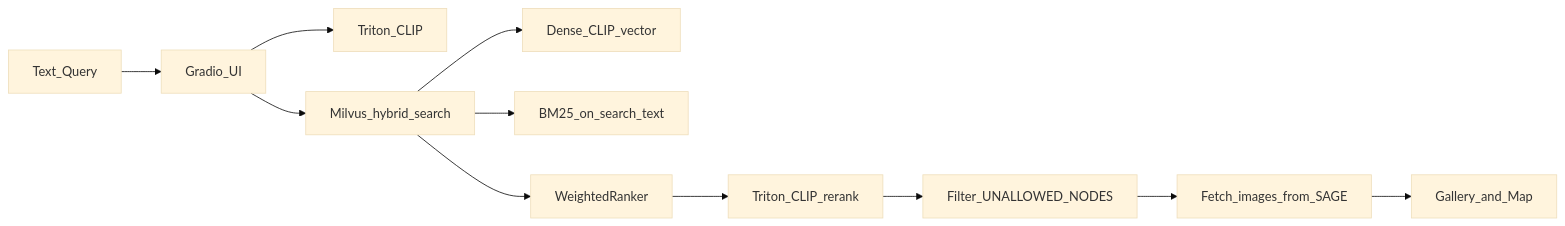
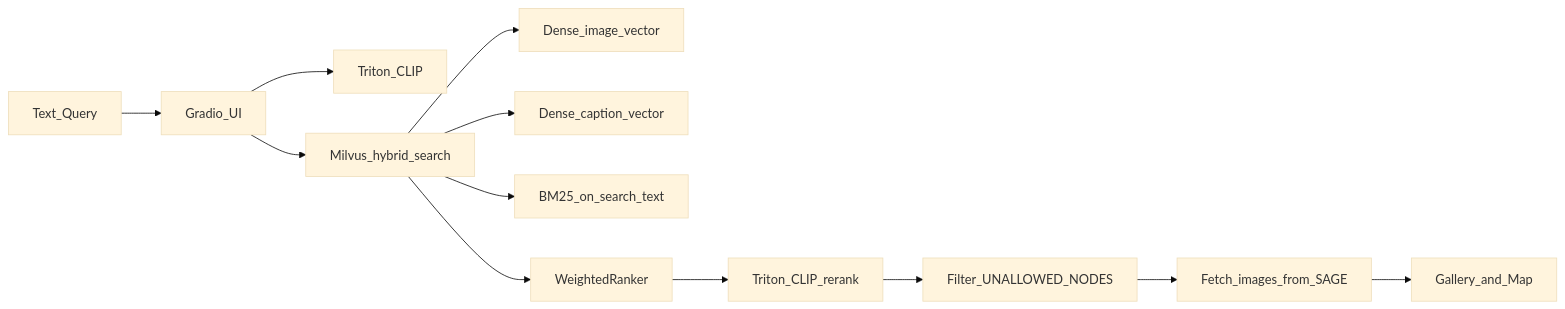
Before and after one commit to waggle-sensor/sage-nrp-image-search: the second of 2 diagrams in docs/architecture.md, drawn with Mermaid (base theme). The commit also changed other lines of this file and 15 other files, not shown here.

Commit message:
refactor: fused CLIP embeddings into seperate caption_vector and image_vector fields for improved query handling and update related documentation (dual indexing)

````diff
--- a/docs/architecture.md
+++ b/docs/architecture.md
@@ -29,13 +29,14 @@
 ```mermaid
 flowchart LR
     User[Text_Query] --> Gradio[Gradio_UI]
     Gradio --> Triton[Triton_CLIP]
     Gradio --> Hybrid[Milvus_hybrid_search]
-    Hybrid --> Dense[Dense_CLIP_vector]
+    Hybrid --> DenseImg[Dense_image_vector]
+    Hybrid --> DenseCap[Dense_caption_vector]
     Hybrid --> Sparse[BM25_on_search_text]
     Hybrid --> Ranker[WeightedRanker]
     Ranker --> Rerank[Triton_CLIP_rerank]
     Rerank --> Auth[Filter_UNALLOWED_NODES]
     Auth --> Fetch[Fetch_images_from_SAGE]
     Fetch --> Results[Gallery_and_Map]
 ```
````
